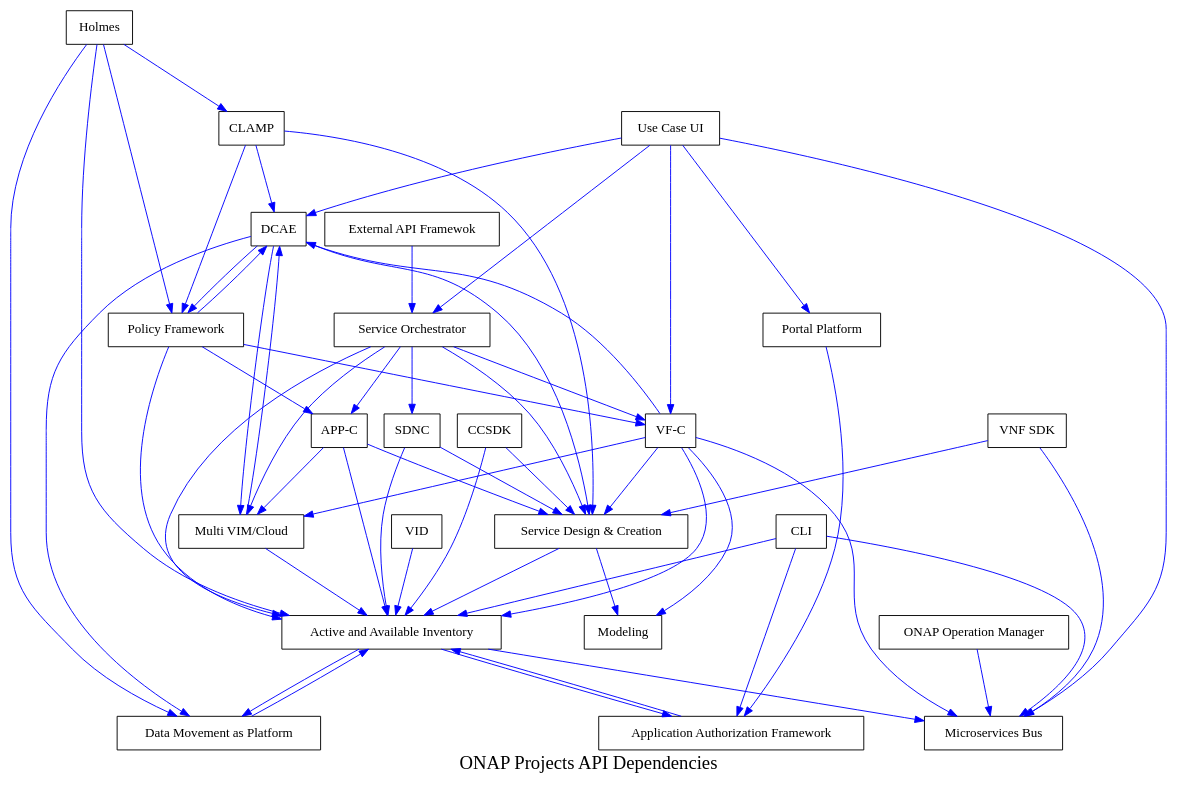
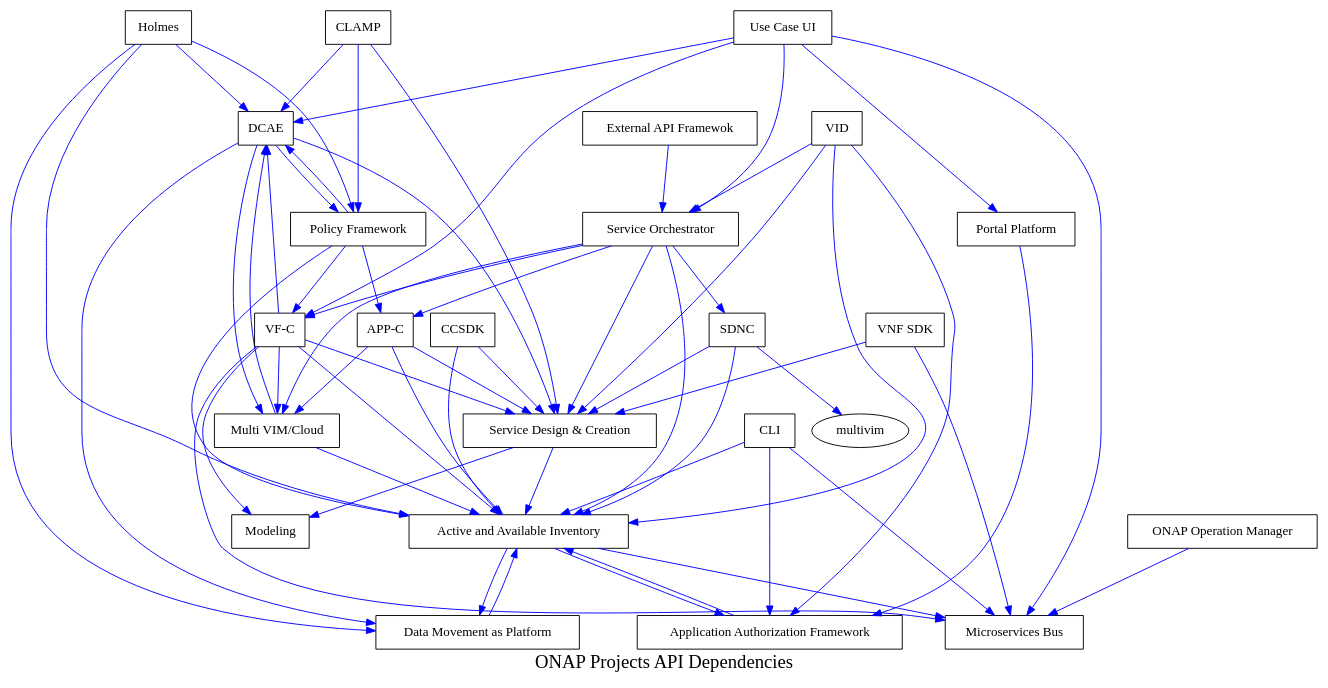
One commit to onap/integration changed the diagram in documentation/api-dependencies/onapapidependencies.dot. Above: the diagram before and after it, drawn with Graphviz.

Commit message:
Update Dependency graph
Update based on virtual F2F on July 24

Issue-id: INT-12

```diff
--- a/documentation/api-dependencies/onapapidependencies.dot
+++ b/documentation/api-dependencies/onapapidependencies.dot
@@ -1,117 +1,121 @@
 /*
  * Copyright 2017 Huawei Technologies Co., Ltd.
  *
  * Licensed under the Apache License, Version 2.0 (the "License");
  * you may not use this file except in compliance with the License.
  * You may obtain a copy of the License at
  *
  *     http://www.apache.org/licenses/LICENSE-2.0
  *
  * Unless required by applicable law or agreed to in writing, software
  * distributed under the License is distributed on an "AS IS" BASIS,
  * WITHOUT WARRANTIES OR CONDITIONS OF ANY KIND, either express or implied.
  * See the License for the specific language governing permissions and
  * limitations under the License.
  */
 
 /*
 Usage: dot -T png -O onapapidependecies.dot   This cmd will generate a png graph dependency file.
 Graphiz is the open source tool used to generate the graph.
 Graphiz is available and documented at http://www.graphviz.org
 This text file represents the API dependencies between ONAP projects
 The relation between producer and consumer is formalized by the following convention:
 consumer -> producer; 
 */
  
 digraph {
 newrank=true;
 fontsize = 20;
 label="ONAP Projects API Dependencies";
 rankdir=TB;
 ranksep="1 equally"; 
 edge [color=Blue]
 
 aai				[shape=box,label="Active and Available Inventory"]
 aaf				[shape=box,label="Application Authorization Framework"]
 appc			[shape=box,label="APP-C"]
 ccsdk			[shape=box,label="CCSDK"]
 clamp			[shape=box,label="CLAMP"]
 cli			    [shape=box,label="CLI"]
 clamp			[shape=box,label="CLAMP"]
 dcaegen2		[shape=box,label="DCAE"]
 dmaap			[shape=box,label="Data Movement as Platform"]
 extapi			[shape=box,label="External API Framewok"]
 holmes			[shape=box,label="Holmes"]
 modeling		[shape=box,label="Modeling"]
 msb				[shape=box,label="Microservices Bus"]
 multicloud		[shape=box,label="Multi VIM/Cloud"]
 oom			    [shape=box,label="ONAP Operation Manager"]
 policy			[shape=box,label="Policy Framework"]
 portal			[shape=box,label="Portal Platform"]
 sdc				[shape=box,label="Service Design & Creation"]
 sdnc			[shape=box,label="SDNC"]
 so				[shape=box,label="Service Orchestrator"]
 vfc         	[shape=box,label="VF-C"]
 vid  			[shape=box,label="VID"]
 vnfsdk			[shape=box,label="VNF SDK"]
 usecaseui		[shape=box,label="Use Case UI"]
 
 
 aai -> aaf;
 aai -> dmaap;
 aai -> msb;
 aaf -> aai;
 appc -> aai;
 appc -> multicloud;
 appc -> sdc;
 ccsdk -> aai;
 ccsdk -> sdc;
 clamp -> dcaegen2;
 clamp -> policy;
 clamp -> sdc;
 cli -> aaf;
 cli -> aai;
 cli -> msb;
 dcaegen2 -> dmaap;
 dcaegen2 -> multicloud;
 dcaegen2 -> policy;
 dcaegen2 -> sdc;
 dmaap -> aai;
 extapi -> so;
 holmes -> aai;
-holmes -> clamp;
+holmes -> dcaegen2;
 holmes -> dmaap;
 holmes -> policy;
 multicloud -> aai;
 multicloud -> dcaegen2;
 oom -> msb;
 policy -> aai;
 policy -> appc;
 policy -> dcaegen2;
 policy -> vfc;
 portal -> aaf;
 sdc -> aai;
 sdc -> modeling;
 sdnc -> aai;
+sdnc -> multivim;
 sdnc -> sdc;
 so -> aai;
 so -> appc;
 so -> multicloud;
 so -> sdc;
 so -> sdnc;
 so -> vfc;
 usecaseui -> dcaegen2;
 usecaseui -> msb;
 usecaseui -> portal;
 usecaseui -> so;
 usecaseui -> vfc;
 vid -> aai;
+vid -> aaf;
+vid -> sdc;
+vid -> so;
 vfc -> aai;
 vfc -> dcaegen2;
 vfc -> modeling;
 vfc -> multicloud;
 vfc -> msb;
 vfc -> sdc;
 vnfsdk -> msb;
 vnfsdk -> sdc;
 }
```
